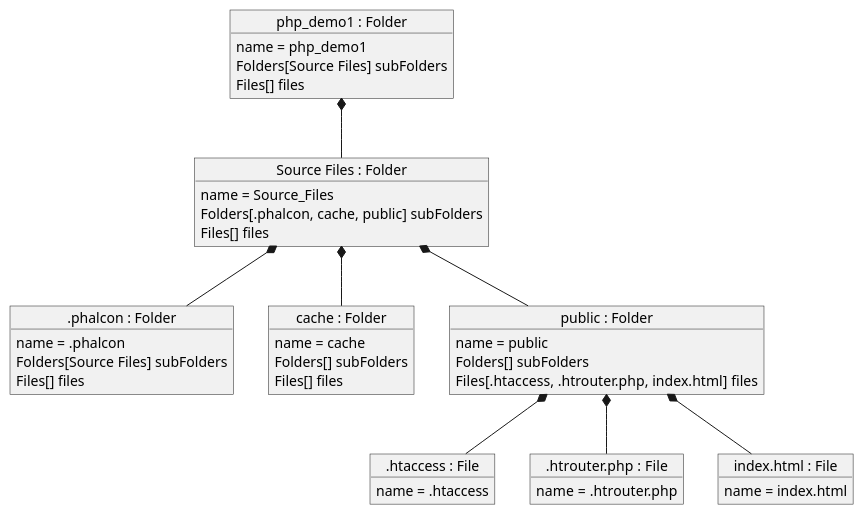
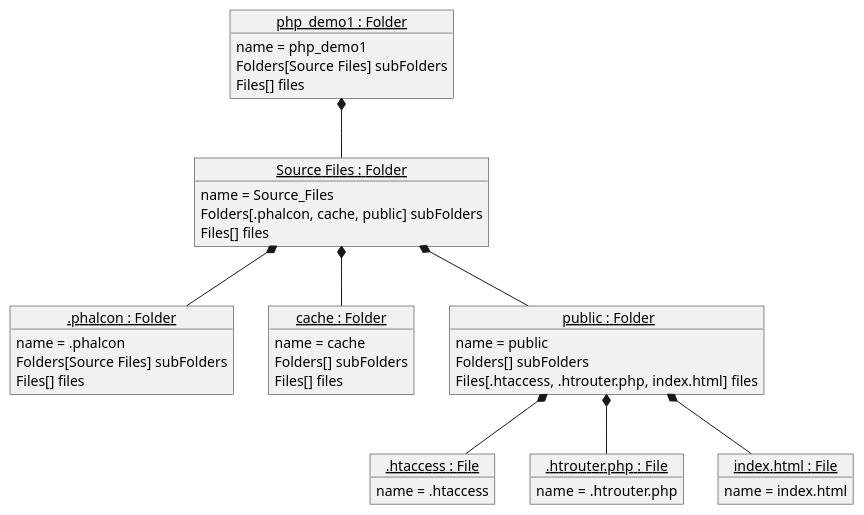
Before and after one commit to Hugo-Mathus/Homework5: the diagram in OBJECTS/Composition.puml, drawn with PlantUML. The commit also changed 1 other file, not shown here.

```diff
--- a/OBJECTS/Composition.puml
+++ b/OBJECTS/Composition.puml
@@ -1,50 +1,50 @@
 @startuml
-object "php_demo1 : Folder" as php_demo1{
+object "<u>php_demo1 : Folder</u>" as php_demo1{
     name = php_demo1
     Folders[Source Files] subFolders
     Files[] files
 }
 
-object "Source Files : Folder" as Source_Files{
+object "<u>Source Files : Folder</u>" as Source_Files{
     name = Source_Files
     Folders[.phalcon, cache, public] subFolders
     Files[] files
 }
-object ".phalcon : Folder" as .phalcon{
+object "<u>.phalcon : Folder</u>" as .phalcon{
     name = .phalcon
     Folders[Source Files] subFolders
     Files[] files
 }
-object "cache : Folder" as cache{
+object "<u>cache : Folder</u>" as cache{
     name = cache
     Folders[] subFolders
     Files[] files
 }
-object "public : Folder" as public{
+object "<u> public : Folder</u>" as public{
     name = public
     Folders[] subFolders
     Files[.htaccess, .htrouter.php, index.html] files
 }
 
-object ".htaccess : File" as .htaccess{
+object "<u>.htaccess : File</u>" as .htaccess{
     name = .htaccess
 }
-object ".htrouter.php : File" as .htrouter{
+object "<u>.htrouter.php : File</u>" as .htrouter{
     name = .htrouter.php
 }
-object "index.html : File" as index{
+object "<u>index.html : File</u>" as index{
     name = index.html
 }
 
 
 php_demo1*--Source_Files
 
 Source_Files*--phalcon
 Source_Files*--cache
 Source_Files*--public
 
 public*-- .htaccess
 public*-- .htrouter
 public *-- index
 
 @enduml
```
